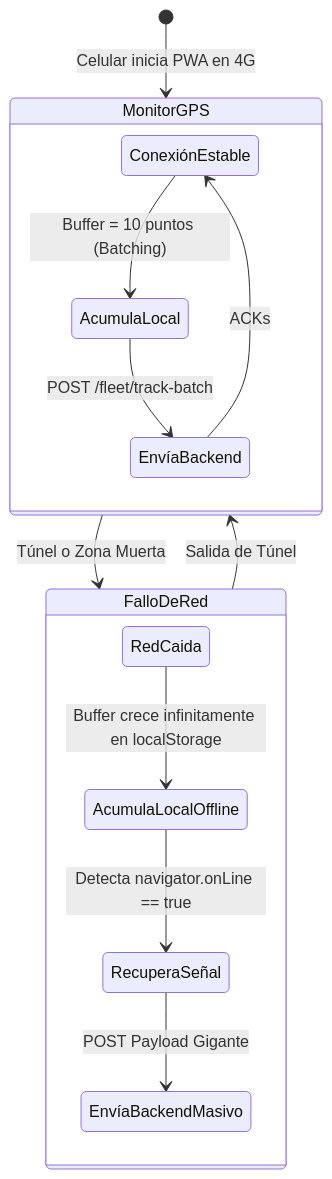
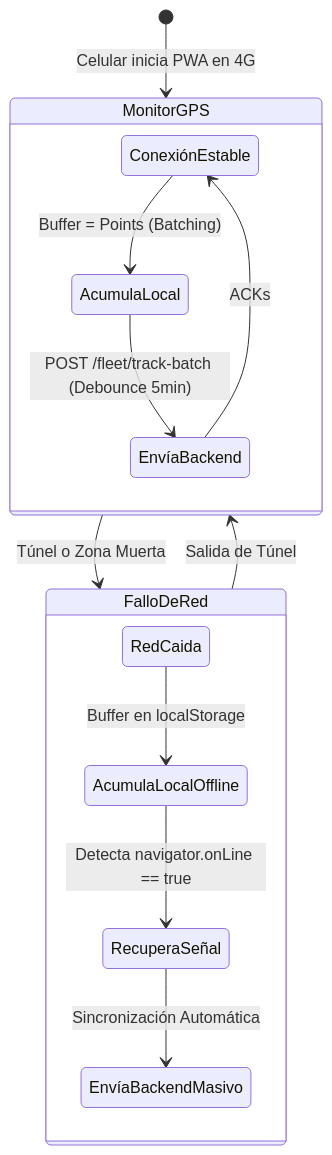
One commit to tadtaxiadvertising/tad-dooh-platform changed the third of 4 diagrams in 04_flujo_operativo_tad.md. Above: the diagram before and after it, drawn with Mermaid. The commit also changed other lines of this file and 16 other files, not shown here.

````diff
--- a/04_flujo_operativo_tad.md
+++ b/04_flujo_operativo_tad.md
@@ -73,19 +73,19 @@
 ```mermaid
 stateDiagram-v2
     [*] --> MonitorGPS: Celular inicia PWA en 4G
     
     state MonitorGPS {
-        ConexiónEstable --> AcumulaLocal: Buffer = 10 puntos (Batching)
-        AcumulaLocal --> EnvíaBackend: POST /fleet/track-batch
+        ConexiónEstable --> AcumulaLocal: Buffer = Points (Batching)
+        AcumulaLocal --> EnvíaBackend: POST /fleet/track-batch (Debounce 5min)
         EnvíaBackend --> ConexiónEstable: ACKs
     }
 
     state FalloDeRed {
-        RedCaida --> AcumulaLocalOffline: Buffer crece infinitamente en localStorage
+        RedCaida --> AcumulaLocalOffline: Buffer en localStorage
         AcumulaLocalOffline --> RecuperaSeñal: Detecta navigator.onLine == true
-        RecuperaSeñal --> EnvíaBackendMasivo: POST Payload Gigante
+        RecuperaSeñal --> EnvíaBackendMasivo: Sincronización Automática
     }
 
     MonitorGPS --> FalloDeRed: Túnel o Zona Muerta
     FalloDeRed --> MonitorGPS: Salida de Túnel
 ```
````
